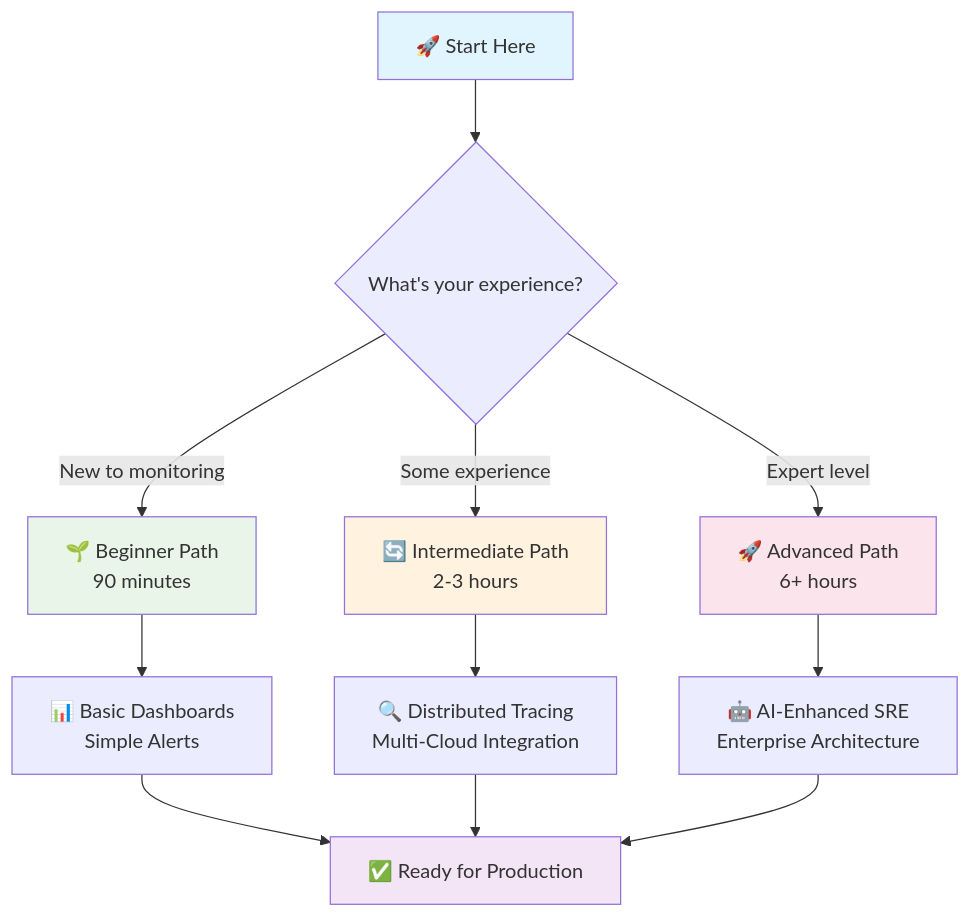
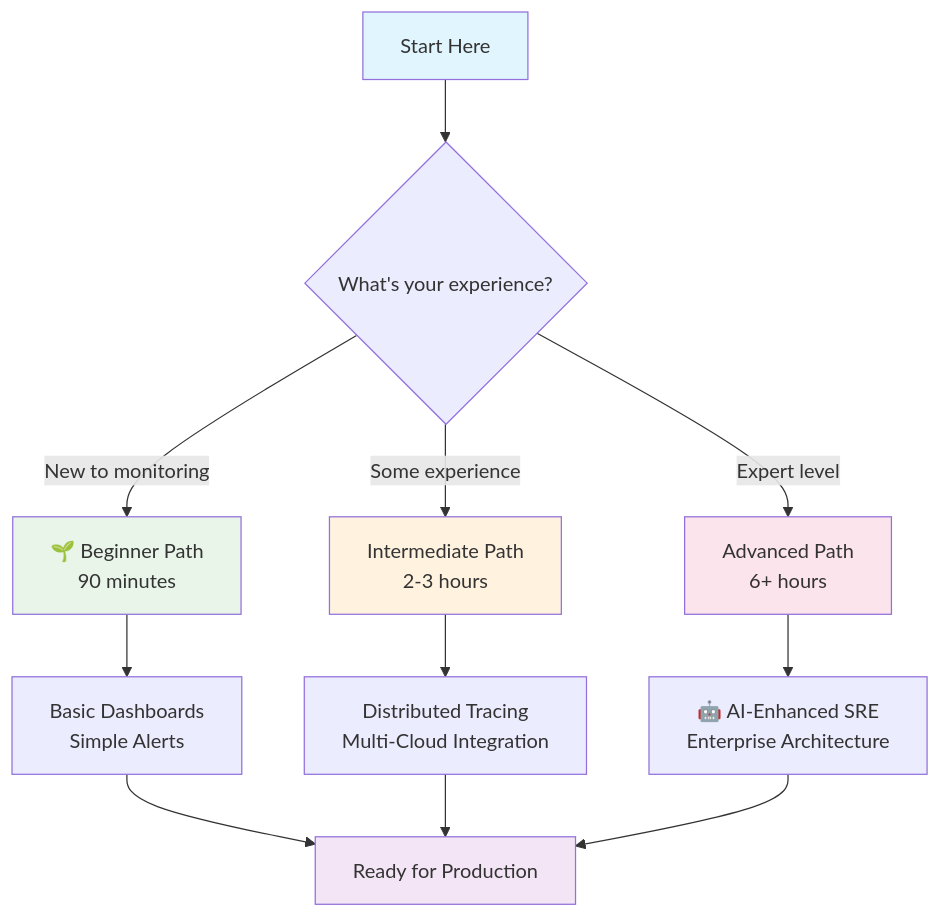
The diagram in QUICK_START.md (paulasilvatech/Agentic-Ops-Dev), drawn with Mermaid before and after one commit. The commit also changed other lines of this file and 20 other files, not shown here.

````diff
--- a/QUICK_START.md
+++ b/QUICK_START.md
@@ -72,21 +72,21 @@
 ```mermaid
 graph TD
-    A[🚀 Start Here] --> B{What's your experience?}
+    A[ Start Here] --> B{What's your experience?}
     B -->|New to monitoring| C[🌱 Beginner Path<br/>90 minutes]
-    B -->|Some experience| D[🔄 Intermediate Path<br/>2-3 hours]
-    B -->|Expert level| E[🚀 Advanced Path<br/>6+ hours]
+    B -->|Some experience| D[ Intermediate Path<br/>2-3 hours]
+    B -->|Expert level| E[ Advanced Path<br/>6+ hours]
     
-    C --> F[📊 Basic Dashboards<br/>Simple Alerts]
-    D --> G[🔍 Distributed Tracing<br/>Multi-Cloud Integration]
+    C --> F[ Basic Dashboards<br/>Simple Alerts]
+    D --> G[ Distributed Tracing<br/>Multi-Cloud Integration]
     E --> H[🤖 AI-Enhanced SRE<br/>Enterprise Architecture]
     
-    F --> I[✅ Ready for Production]
+    F --> I[ Ready for Production]
     G --> I
     H --> I
     
     style A fill:#e1f5fe
     style C fill:#e8f5e8
     style D fill:#fff3e0
     style E fill:#fce4ec
     style I fill:#f3e5f5
 ```
````
